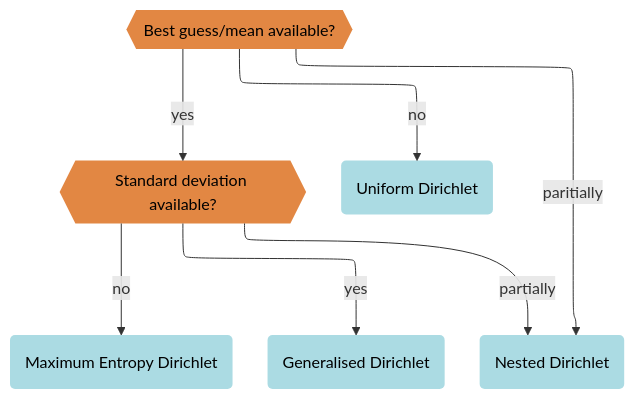
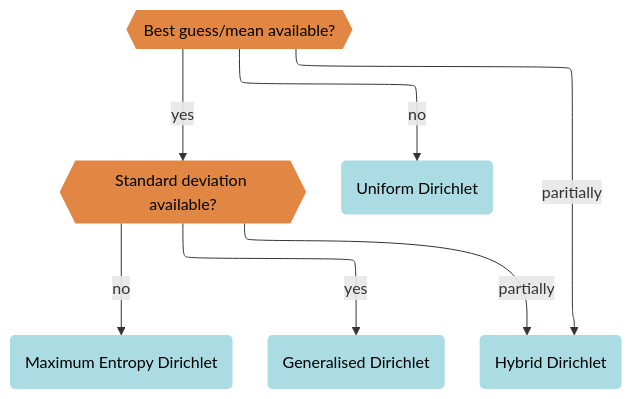
One commit to jakobsarthur/maxent_disaggregation changed the third of 3 diagrams in docs/content/theory.md. Above: the diagram before and after it, drawn with Mermaid. The commit also changed 4 other files, not shown here.

````diff
--- a/docs/content/theory.md
+++ b/docs/content/theory.md
@@ -125,22 +125,22 @@
 ```{mermaid}
 flowchart-elk TD
     %% Define node classes
     classDef decision fill:#e28743,color:black,stroke:none;
     classDef distribution fill:#abdbe3,color:black,stroke:none;
     classDef explanationnode fill:#eeeee4,color:black,stroke:none;
 
     MeanDecision{{"Best guess/mean available?"}}:::decision
     SDDecision{{"Standard deviation available?"}}:::decision
     MaxEntDir("Maximum Entropy Dirichlet"):::distribution
     GenDir("Generalised Dirichlet"):::distribution
-    NestedDir("Nested Dirichlet"):::distribution
+    hybridDir("Hybrid Dirichlet"):::distribution
     UniformDir("Uniform Dirichlet"):::distribution
     
     %% Define connections
     MeanDecision -- "no" --> UniformDir
     MeanDecision -- "yes" --> SDDecision
-    MeanDecision -- "paritially" --> NestedDir
+    MeanDecision -- "paritially" --> hybridDir
     SDDecision -- "no" --> MaxEntDir
     SDDecision -- "yes" --> GenDir
-    SDDecision -- "partially" --> NestedDir
+    SDDecision -- "partially" --> hybridDir
 ```
````
